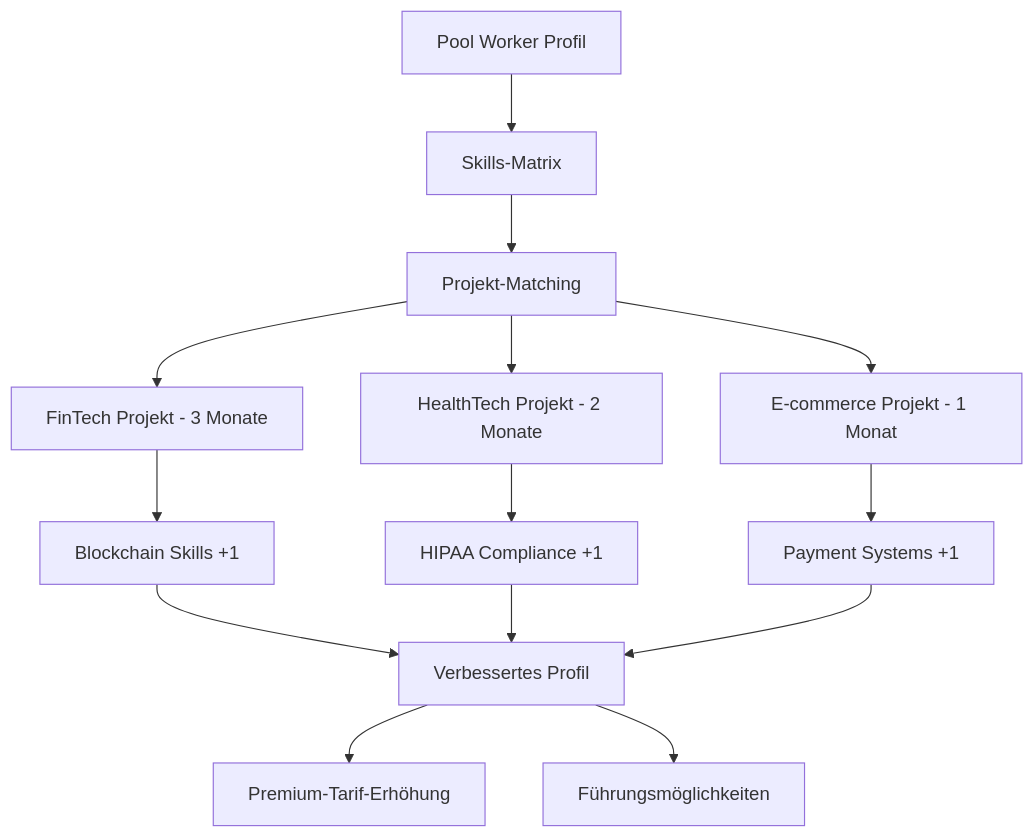
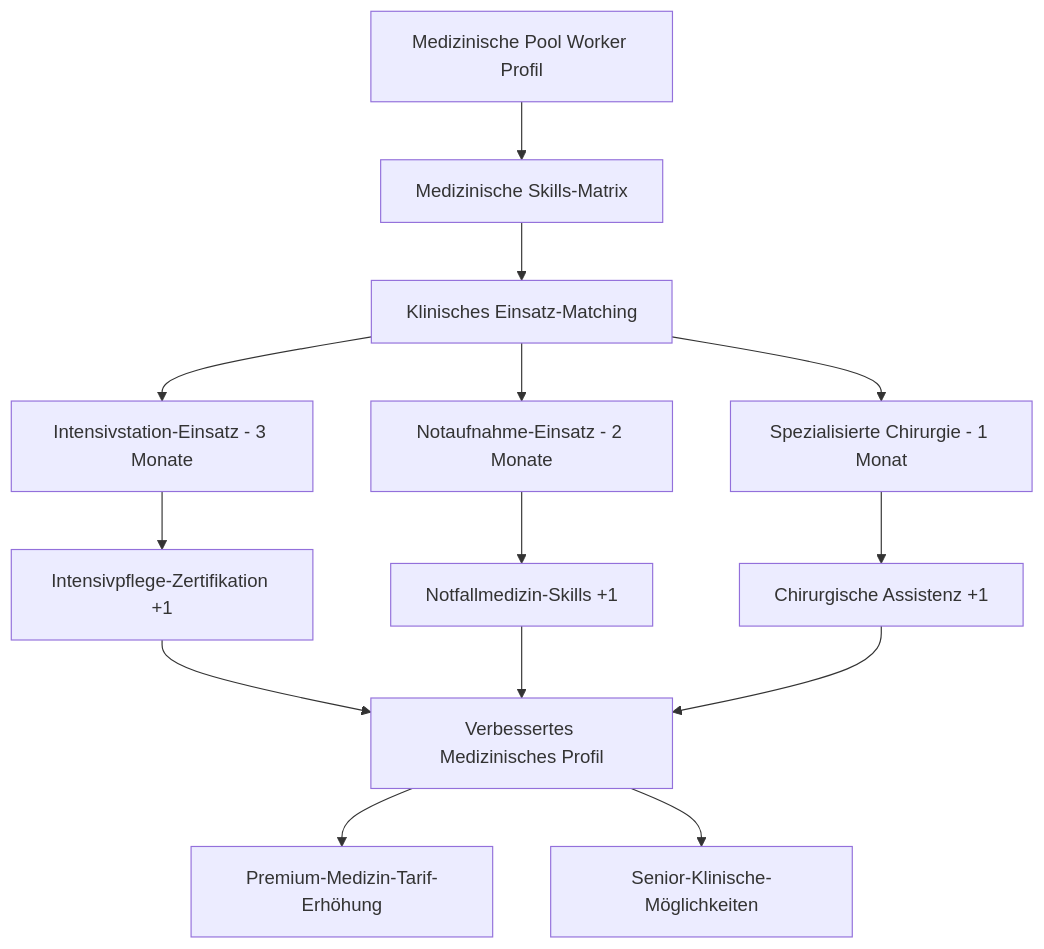
One commit to 3Stones-io/bemeda_personal changed the sixth of 13 diagrams in docs/requirements-analysis/user-stories_de.md. Above: the diagram before and after it, drawn with Mermaid. The commit also changed other lines of this file and 1 other file, not shown here.

````diff
--- a/docs/requirements-analysis/user-stories_de.md
+++ b/docs/requirements-analysis/user-stories_de.md
@@ -160,19 +180,19 @@
 ```mermaid
 graph TD
-    A[Pool Worker Profil] --> B[Skills-Matrix]
-    B --> C[Projekt-Matching]
-    C --> D[FinTech Projekt - 3 Monate]
-    C --> E[HealthTech Projekt - 2 Monate]  
-    C --> F[E-commerce Projekt - 1 Monat]
+    A[Medizinische Pool Worker Profil] --> B[Medizinische Skills-Matrix]
+    B --> C[Klinisches Einsatz-Matching]
+    C --> D[Intensivstation-Einsatz - 3 Monate]
+    C --> E[Notaufnahme-Einsatz - 2 Monate]  
+    C --> F[Spezialisierte Chirurgie - 1 Monat]
     
-    D --> G[Blockchain Skills +1]
-    E --> H[HIPAA Compliance +1]
-    F --> I[Payment Systems +1]
+    D --> G[Intensivpflege-Zertifikation +1]
+    E --> H[Notfallmedizin-Skills +1]
+    F --> I[Chirurgische Assistenz +1]
     
-    G --> J[Verbessertes Profil]
+    G --> J[Verbessertes Medizinisches Profil]
     H --> J
     I --> J
     
-    J --> K[Premium-Tarif-Erhöhung]
-    J --> L[Führungsmöglichkeiten]
+    J --> K[Premium-Medizin-Tarif-Erhöhung]
+    J --> L[Senior-Klinische-Möglichkeiten]
 ```
````
